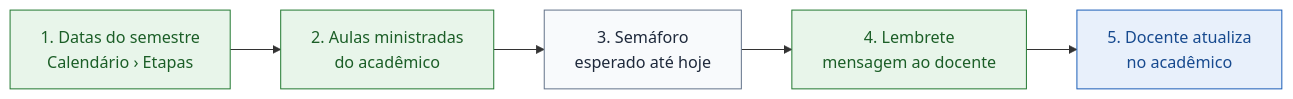
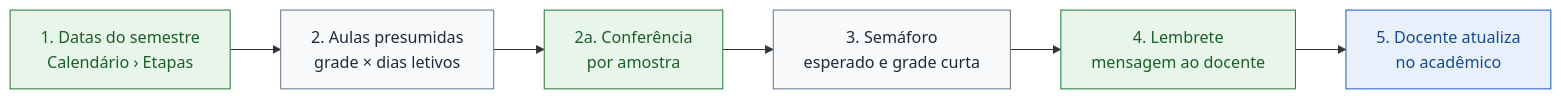
One commit to cctrc-bvg/sgc-redes-bvg changed the ninth of 11 diagrams in docs/FLUXOS.md. Above: the diagram before and after it, drawn with Mermaid. The commit also changed other lines of this file and 7 other files, not shown here.

````diff
--- a/docs/FLUXOS.md
+++ b/docs/FLUXOS.md
@@ -302,7 +305,7 @@
 ```mermaid
 flowchart LR
   classDef gestao fill:#e8f5ea,stroke:#237a32,color:#1b5e27
   classDef docencia fill:#e8f0fb,stroke:#1d5fb8,color:#174a8f
   classDef sistema fill:#f8fafc,stroke:#64748b,color:#1e293b
-  P["1. Datas do semestre<br/>Calendário › Etapas"]:::gestao --> M["2. Aulas ministradas<br/>do acadêmico"]:::gestao --> S["3. Semáforo<br/>esperado até hoje"]:::sistema --> L["4. Lembrete<br/>mensagem ao docente"]:::gestao --> D["5. Docente atualiza<br/>no acadêmico"]:::docencia
+  P["1. Datas do semestre<br/>Calendário › Etapas"]:::gestao --> M["2. Aulas presumidas<br/>grade × dias letivos"]:::sistema --> C["2a. Conferência<br/>por amostra"]:::gestao --> S["3. Semáforo<br/>esperado e grade curta"]:::sistema --> L["4. Lembrete<br/>mensagem ao docente"]:::gestao --> D["5. Docente atualiza<br/>no acadêmico"]:::docencia
 ```
````
